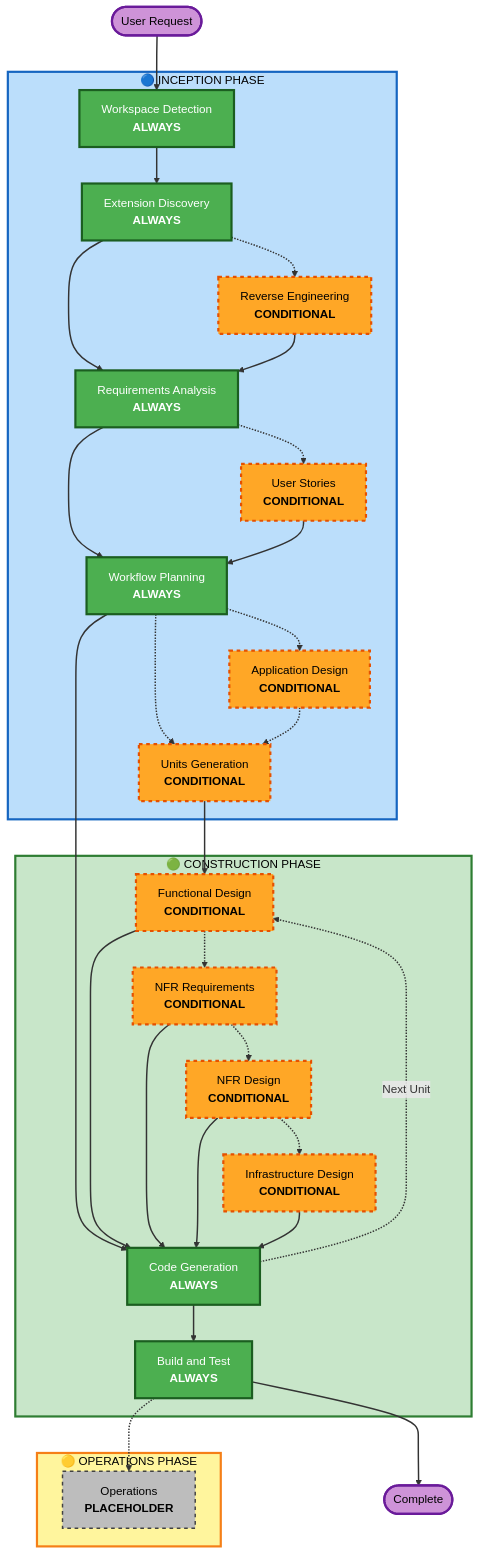
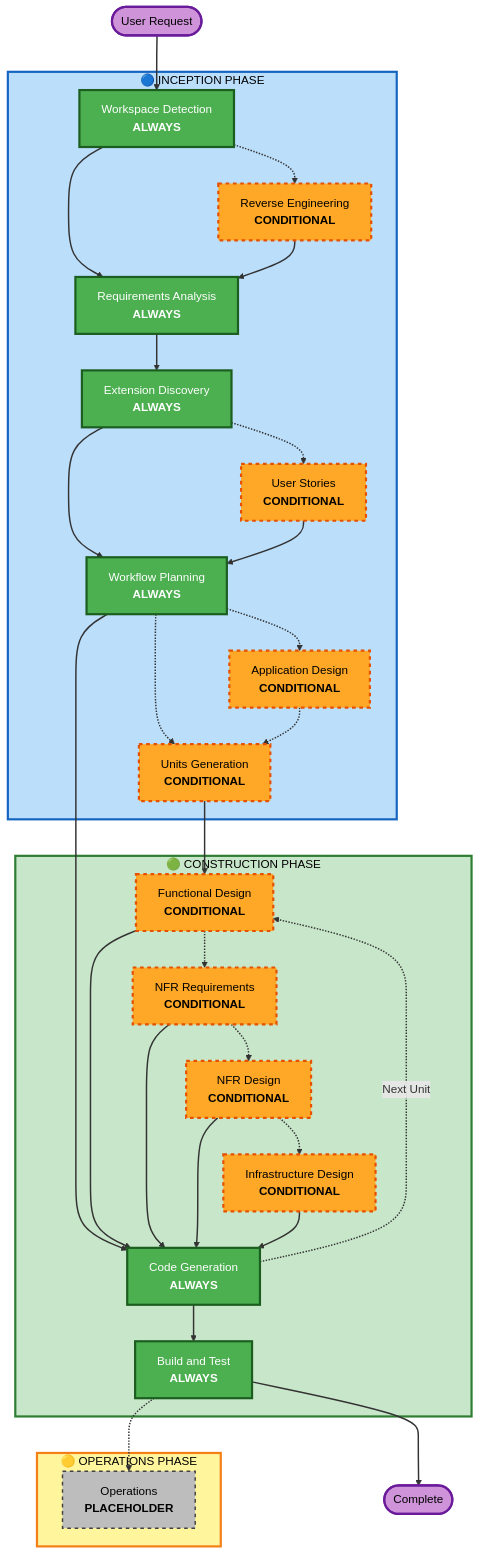
Before and after one commit to harmjeff/aidlc-workflows: the diagram in aidlc-rules/aws-aidlc-rule-details/common/process-overview.md, drawn with Mermaid. The commit also changed other lines of this file and 3 other files, not shown here.

````diff
--- a/aidlc-rules/aws-aidlc-rule-details/common/process-overview.md
+++ b/aidlc-rules/aws-aidlc-rule-details/common/process-overview.md
@@ -34,81 +34,81 @@
 ```mermaid
 flowchart TD
     Start(["User Request"])
     
     subgraph INCEPTION["🔵 INCEPTION PHASE"]
         WD["Workspace Detection<br/><b>ALWAYS</b>"]
         ED["Extension Discovery<br/><b>ALWAYS</b>"]
         RE["Reverse Engineering<br/><b>CONDITIONAL</b>"]
         RA["Requirements Analysis<br/><b>ALWAYS</b>"]
         Stories["User Stories<br/><b>CONDITIONAL</b>"]
         WP["Workflow Planning<br/><b>ALWAYS</b>"]
         AppDesign["Application Design<br/><b>CONDITIONAL</b>"]
         UnitsG["Units Generation<br/><b>CONDITIONAL</b>"]
     end
     
     subgraph CONSTRUCTION["🟢 CONSTRUCTION PHASE"]
         FD["Functional Design<br/><b>CONDITIONAL</b>"]
         NFRA["NFR Requirements<br/><b>CONDITIONAL</b>"]
         NFRD["NFR Design<br/><b>CONDITIONAL</b>"]
         ID["Infrastructure Design<br/><b>CONDITIONAL</b>"]
         CG["Code Generation<br/><b>ALWAYS</b>"]
         BT["Build and Test<br/><b>ALWAYS</b>"]
     end
     
     subgraph OPERATIONS["🟡 OPERATIONS PHASE"]
         OPS["Operations<br/><b>PLACEHOLDER</b>"]
     end
     
     Start --> WD
-    WD --> ED
-    ED -.-> RE
-    ED --> RA
+    WD -.-> RE
+    WD --> RA
     RE --> RA
+    RA --> ED
     
-    RA -.-> Stories
-    RA --> WP
+    ED -.-> Stories
+    ED --> WP
     Stories --> WP
     
     WP -.-> AppDesign
     WP -.-> UnitsG
     AppDesign -.-> UnitsG
     UnitsG --> FD
     FD -.-> NFRA
     NFRA -.-> NFRD
     NFRD -.-> ID
     
     WP --> CG
     FD --> CG
     NFRA --> CG
     NFRD --> CG
     ID --> CG
     CG -.->|Next Unit| FD
     CG --> BT
     BT -.-> OPS
     BT --> End(["Complete"])
     
     style WD fill:#4CAF50,stroke:#1B5E20,stroke-width:3px,color:#fff
     style ED fill:#4CAF50,stroke:#1B5E20,stroke-width:3px,color:#fff
     style RA fill:#4CAF50,stroke:#1B5E20,stroke-width:3px,color:#fff
     style WP fill:#4CAF50,stroke:#1B5E20,stroke-width:3px,color:#fff
 
     style CG fill:#4CAF50,stroke:#1B5E20,stroke-width:3px,color:#fff
     style BT fill:#4CAF50,stroke:#1B5E20,stroke-width:3px,color:#fff
     style OPS fill:#BDBDBD,stroke:#424242,stroke-width:2px,stroke-dasharray: 5 5,color:#000
     style RE fill:#FFA726,stroke:#E65100,stroke-width:3px,stroke-dasharray: 5 5,color:#000
     style Stories fill:#FFA726,stroke:#E65100,stroke-width:3px,stroke-dasharray: 5 5,color:#000
     style AppDesign fill:#FFA726,stroke:#E65100,stroke-width:3px,stroke-dasharray: 5 5,color:#000
 
     style UnitsG fill:#FFA726,stroke:#E65100,stroke-width:3px,stroke-dasharray: 5 5,color:#000
     style FD fill:#FFA726,stroke:#E65100,stroke-width:3px,stroke-dasharray: 5 5,color:#000
     style NFRA fill:#FFA726,stroke:#E65100,stroke-width:3px,stroke-dasharray: 5 5,color:#000
     style NFRD fill:#FFA726,stroke:#E65100,stroke-width:3px,stroke-dasharray: 5 5,color:#000
     style ID fill:#FFA726,stroke:#E65100,stroke-width:3px,stroke-dasharray: 5 5,color:#000
     style INCEPTION fill:#BBDEFB,stroke:#1565C0,stroke-width:3px, color:#000
     style CONSTRUCTION fill:#C8E6C9,stroke:#2E7D32,stroke-width:3px, color:#000
     style OPERATIONS fill:#FFF59D,stroke:#F57F17,stroke-width:3px, color:#000
     style Start fill:#CE93D8,stroke:#6A1B9A,stroke-width:3px,color:#000
     style End fill:#CE93D8,stroke:#6A1B9A,stroke-width:3px,color:#000
     
     linkStyle default stroke:#333,stroke-width:2px
 ```
````
